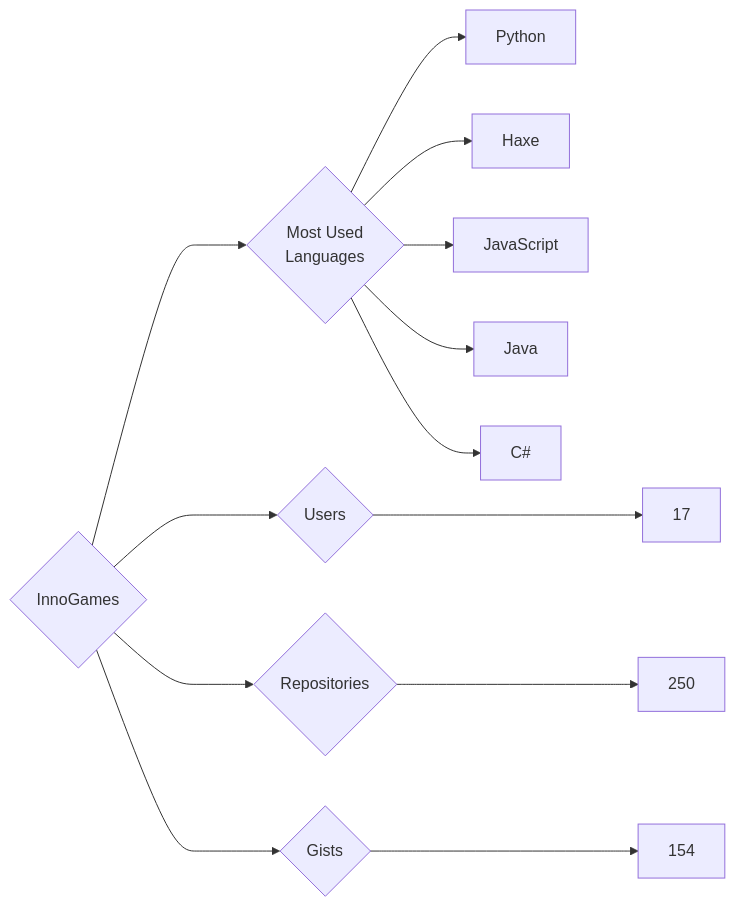
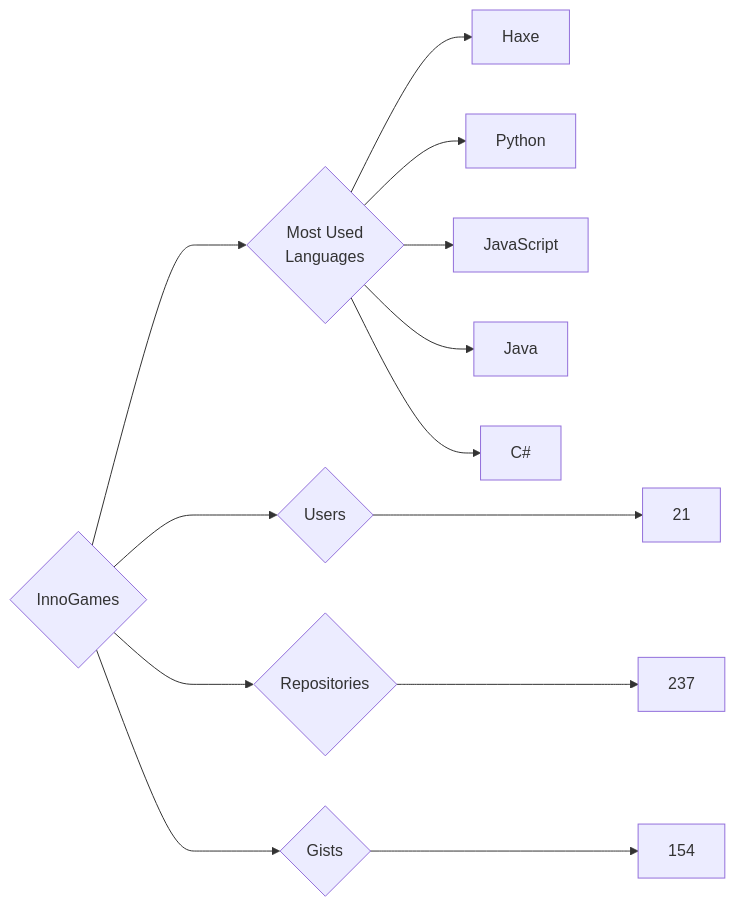
One commit to trickest/insiders changed the diagram in targets/InnoGames/README.md. Above: the diagram before and after it, drawn with Mermaid. The commit also changed 874 other files, not shown here.

````diff
--- a/targets/InnoGames/README.md
+++ b/targets/InnoGames/README.md
@@ -3,13 +3,13 @@
 ```mermaid
 graph LR
 COMPANY_NAME{InnoGames}
-COMPANY_NAME ---> U{Users} ---> UN[17]
-COMPANY_NAME ---> R{Repositories} ---> RN[250]
+COMPANY_NAME ---> U{Users} ---> UN[21]
+COMPANY_NAME ---> R{Repositories} ---> RN[237]
 COMPANY_NAME ---> G{Gists} ---> GN[154]
 COMPANY_NAME ---> ML{Most Used<br>Languages}
+ML --> Haxe[Haxe]
 ML --> Python[Python]
-ML --> Haxe[Haxe]
 ML --> JavaScript[JavaScript]
 ML --> Java[Java]
 ML --> C#[C#]
 ```
````
